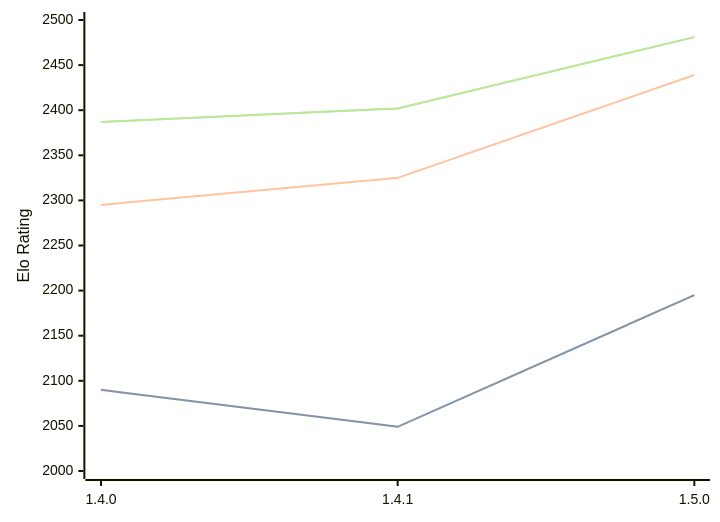
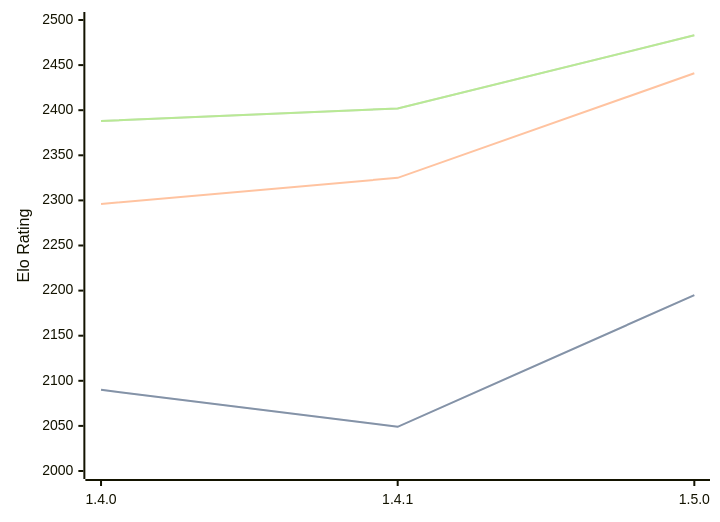
One commit to computer-chess-index/cci changed the diagram in engines/Tofiks.md. Above: the diagram before and after it, drawn with Mermaid. The commit also changed other lines of this file, not shown here.

Commit message:
Update CCI Ratings (ELO VLTC) - 2026-10-02

````diff
--- a/engines/Tofiks.md
+++ b/engines/Tofiks.md
@@ -33,11 +33,11 @@
 ```mermaid
 %%{init: {"theme":"base","themeVariables":{"seriesColors:['#a3a3a3','#222221','#faa371']}}}%%
 xychart-beta
   x-axis ["1.4.0", "1.4.1", "1.5.0"]
   y-axis "Elo Rating" 2000 --> 2500
   line "" [2090, 2049, 2195]
   line "STC (8.0+0.08s)" [2090, 2049, 2195]
-  line "LTC (60.0+0.60s)" [2295, 2325, 2439]
-  line "" [2387, 2402, 2481]
-  line "VLTC (2m24s+1.12s)" [2387, 2402, 2481]
+  line "LTC (60.0+0.60s)" [2296, 2325, 2441]
+  line "" [2388, 2402, 2483]
+  line "VLTC (2m24s+1.12s)" [2388, 2402, 2483]
 ```
````
